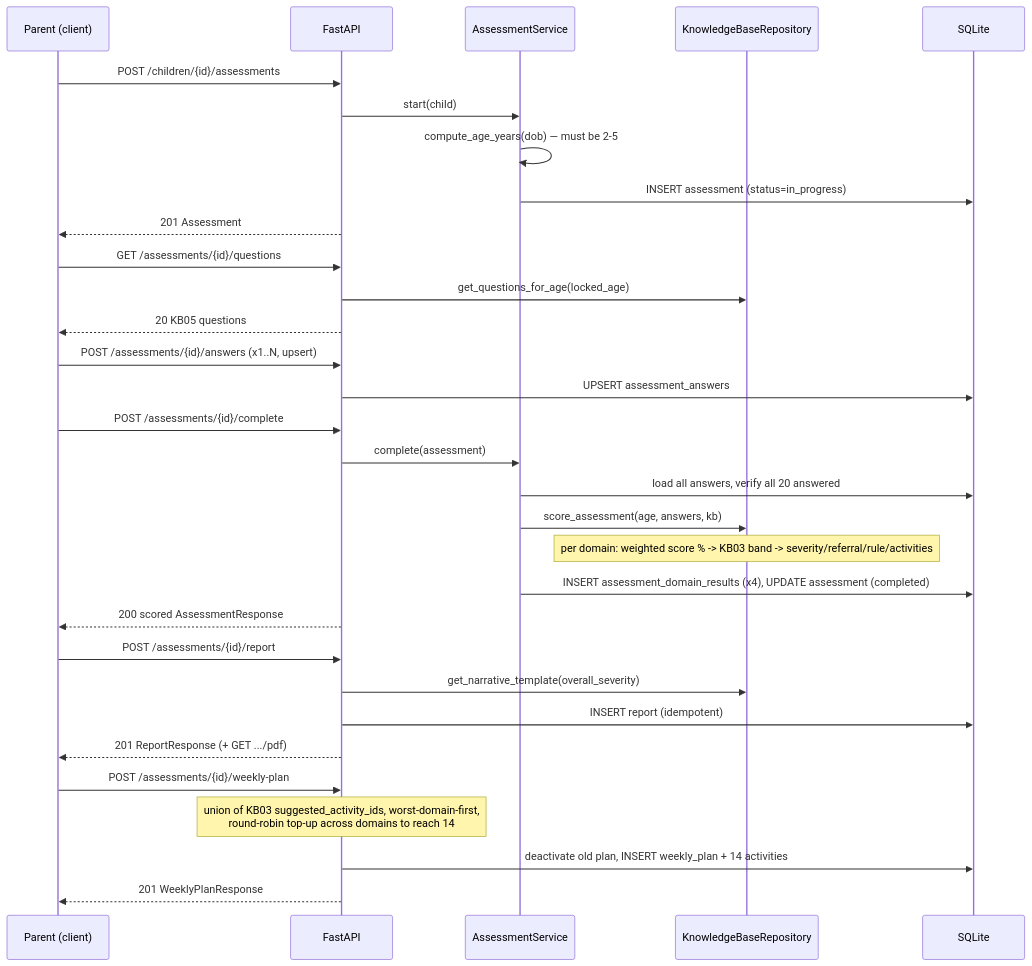
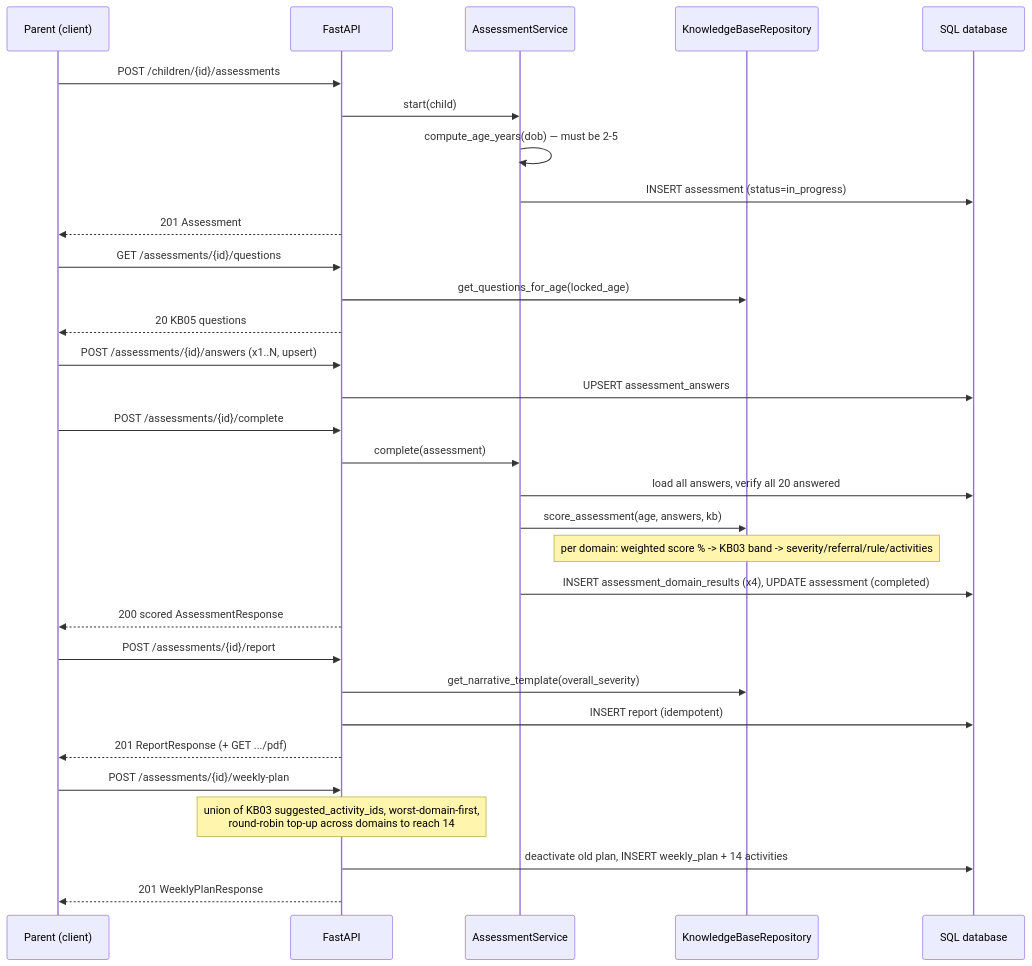
The third of 7 diagrams in docs/ARCHITECTURE.md (ghaidaAlhady/language-Delay), drawn with Mermaid before and after one commit. The commit also changed other lines of this file and 96 other files, not shown here.

````diff
--- a/docs/ARCHITECTURE.md
+++ b/docs/ARCHITECTURE.md
@@ -63,39 +63,39 @@
 ```mermaid
 sequenceDiagram
     participant P as Parent (client)
     participant API as FastAPI
     participant AS as AssessmentService
     participant KB as KnowledgeBaseRepository
-    participant DB as SQLite
+    participant DB as SQL database
 
     P->>API: POST /children/{id}/assessments
     API->>AS: start(child)
     AS->>AS: compute_age_years(dob) — must be 2-5
     AS->>DB: INSERT assessment (status=in_progress)
     API-->>P: 201 Assessment
 
     P->>API: GET /assessments/{id}/questions
     API->>KB: get_questions_for_age(locked_age)
     API-->>P: 20 KB05 questions
 
     P->>API: POST /assessments/{id}/answers (x1..N, upsert)
     API->>DB: UPSERT assessment_answers
 
     P->>API: POST /assessments/{id}/complete
     API->>AS: complete(assessment)
     AS->>DB: load all answers, verify all 20 answered
     AS->>KB: score_assessment(age, answers, kb)
     Note over KB: per domain: weighted score % -> KB03 band -> severity/referral/rule/activities
     AS->>DB: INSERT assessment_domain_results (x4), UPDATE assessment (completed)
     API-->>P: 200 scored AssessmentResponse
 
     P->>API: POST /assessments/{id}/report
     API->>KB: get_narrative_template(overall_severity)
     API->>DB: INSERT report (idempotent)
     API-->>P: 201 ReportResponse (+ GET .../pdf)
 
     P->>API: POST /assessments/{id}/weekly-plan
     Note over API: union of KB03 suggested_activity_ids, worst-domain-first,<br/>round-robin top-up across domains to reach 14
     API->>DB: deactivate old plan, INSERT weekly_plan + 14 activities
     API-->>P: 201 WeeklyPlanResponse
 ```
````
